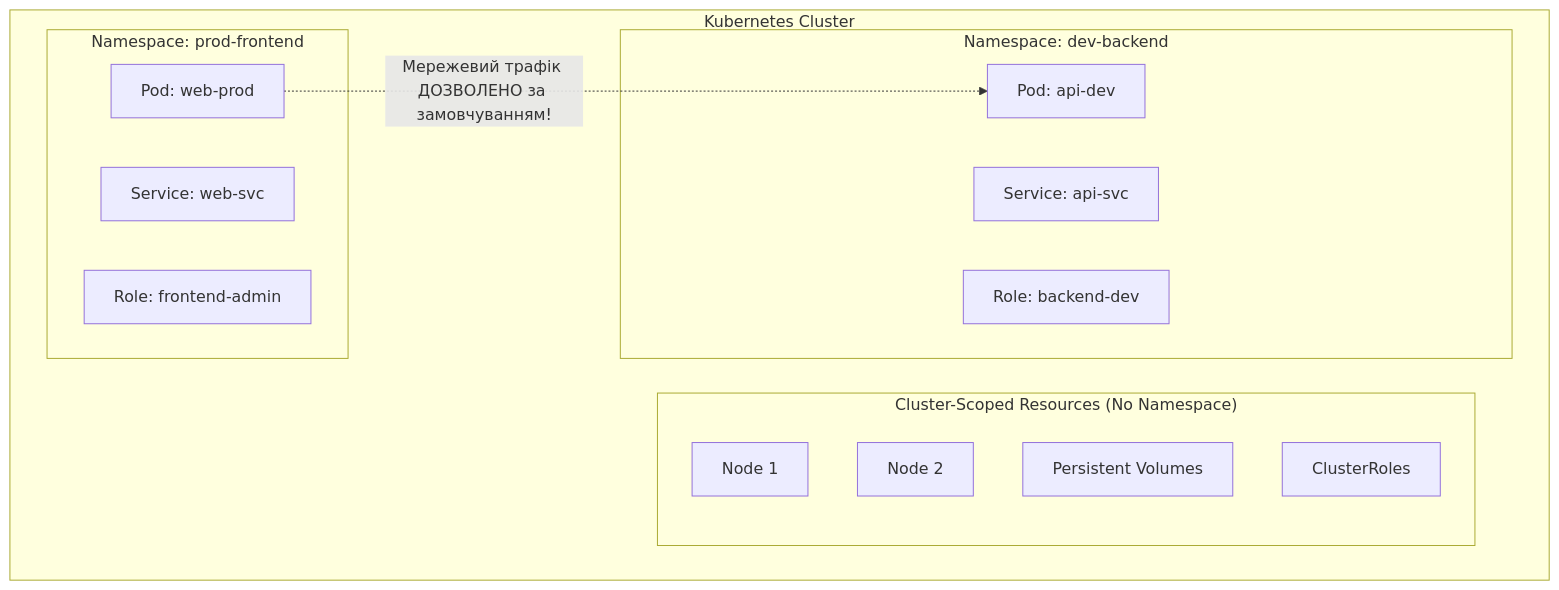
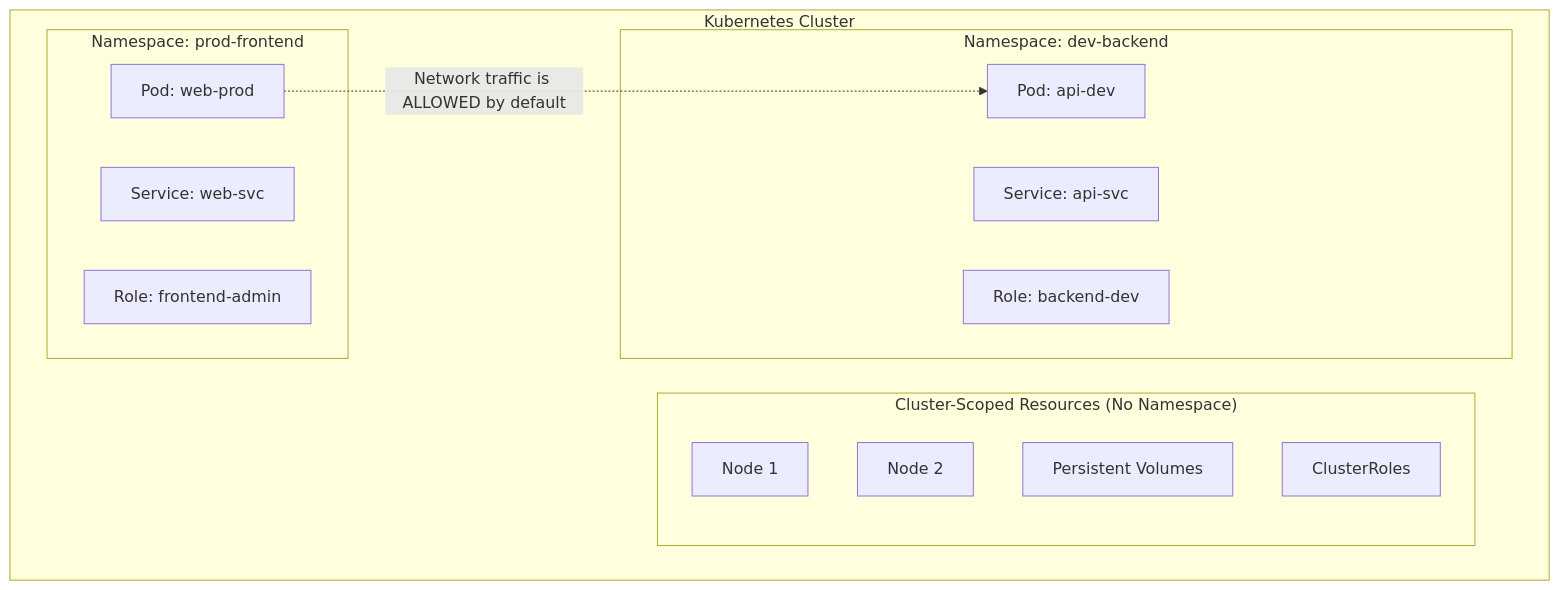
Before and after one commit to kube-dojo/kube-dojo: the first of 2 diagrams in src/content/docs/uk/prerequisites/kubernetes-basics/module-1.7-namespaces-labels.md, drawn with Mermaid. The commit also changed other lines of this file and 7 other files, not shown here.

````diff
--- a/src/content/docs/uk/prerequisites/kubernetes-basics/module-1.7-namespaces-labels.md
+++ b/src/content/docs/uk/prerequisites/kubernetes-basics/module-1.7-namespaces-labels.md
@@ -43,25 +49,25 @@
 ```mermaid
 graph TD
     subgraph "Kubernetes Cluster"
         subgraph "Cluster-Scoped Resources (No Namespace)"
-            N1[Node 1]
-            N2[Node 2]
-            PV[Persistent Volumes]
-            CR[ClusterRoles]
+            N1["Node 1"]
+            N2["Node 2"]
+            PV["Persistent Volumes"]
+            CR["ClusterRoles"]
         end
-        
+
         subgraph "Namespace: prod-frontend"
-            P1[Pod: web-prod]
-            S1[Service: web-svc]
-            R1[Role: frontend-admin]
+            P1["Pod: web-prod"]
+            S1["Service: web-svc"]
+            R1["Role: frontend-admin"]
         end
-        
+
         subgraph "Namespace: dev-backend"
-            P2[Pod: api-dev]
-            S2[Service: api-svc]
-            R2[Role: backend-dev]
+            P2["Pod: api-dev"]
+            S2["Service: api-svc"]
+            R2["Role: backend-dev"]
         end
-        
-        P1 -. "Мережевий трафік ДОЗВОЛЕНО за замовчуванням!" .-> P2
+
+        P1 -. "Network traffic is ALLOWED by default" .-> P2
     end
 ```
````
